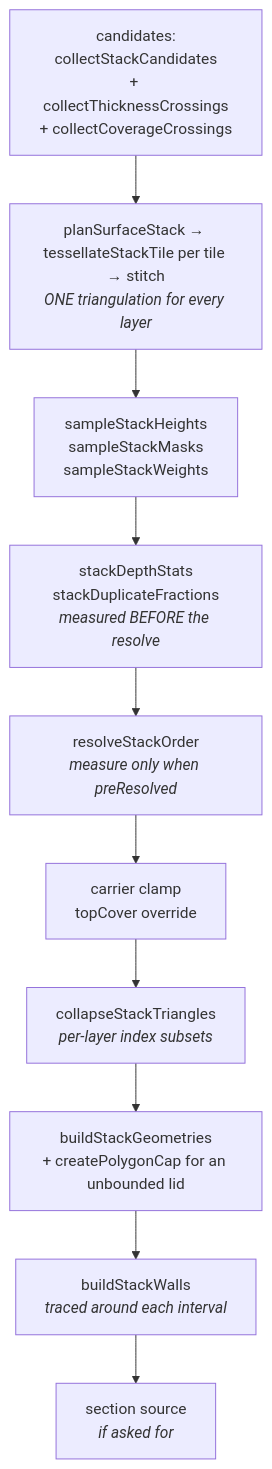
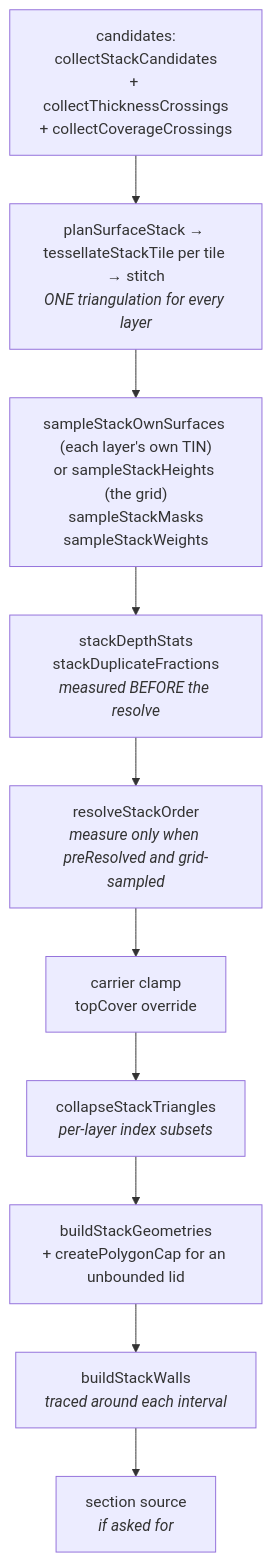
One commit to equinor/videx-3d changed the second of 2 diagrams in documents/chunk-stack/build-pipeline.md. Above: the diagram before and after it, drawn with Mermaid. The commit also changed other lines of this file and 13 other files, not shown here.

First line of the commit message:
fix(chunks): shade and place each cap from its own surface

````diff
--- a/documents/chunk-stack/build-pipeline.md
+++ b/documents/chunk-stack/build-pipeline.md
@@ -286,12 +286,12 @@
 ```mermaid
 flowchart TD
   A["candidates:<br/>collectStackCandidates<br/>+ collectThicknessCrossings<br/>+ collectCoverageCrossings"] --> B["planSurfaceStack → tessellateStackTile per tile → stitch<br/><i>ONE triangulation for every layer</i>"]
-  B --> C["sampleStackHeights<br/>sampleStackMasks<br/>sampleStackWeights"]
+  B --> C["sampleStackOwnSurfaces (each layer's own TIN)<br/>or sampleStackHeights (the grid)<br/>sampleStackMasks<br/>sampleStackWeights"]
   C --> D["stackDepthStats<br/>stackDuplicateFractions<br/><i>measured BEFORE the resolve</i>"]
-  D --> E["resolveStackOrder<br/><i>measure only when preResolved</i>"]
+  D --> E["resolveStackOrder<br/><i>measure only when preResolved and grid-sampled</i>"]
   E --> F["carrier clamp<br/>topCover override"]
   F --> G["collapseStackTriangles<br/><i>per-layer index subsets</i>"]
   G --> H["buildStackGeometries<br/>+ createPolygonCap for an unbounded lid"]
   H --> I["buildStackWalls<br/><i>traced around each interval</i>"]
   I --> J["section source<br/><i>if asked for</i>"]
 ```
````
